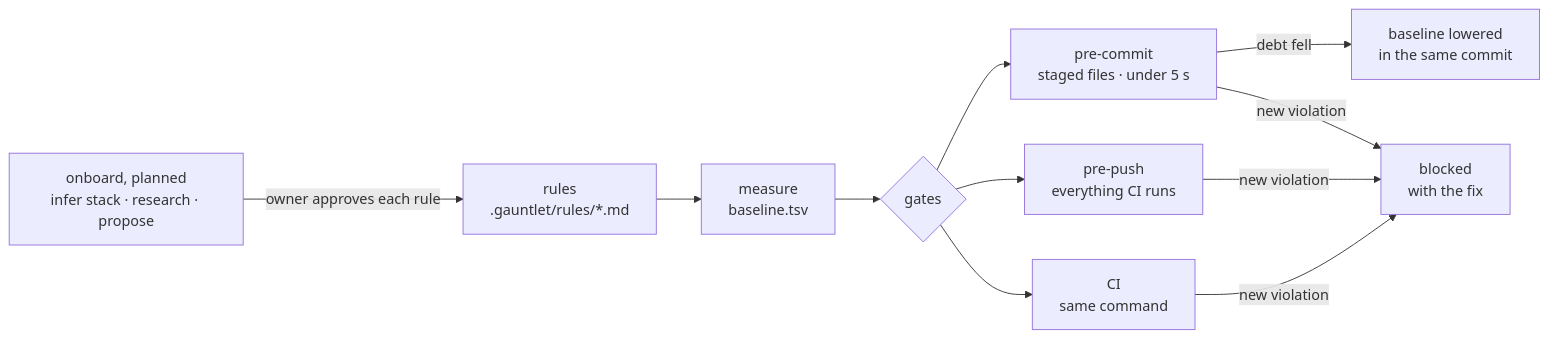
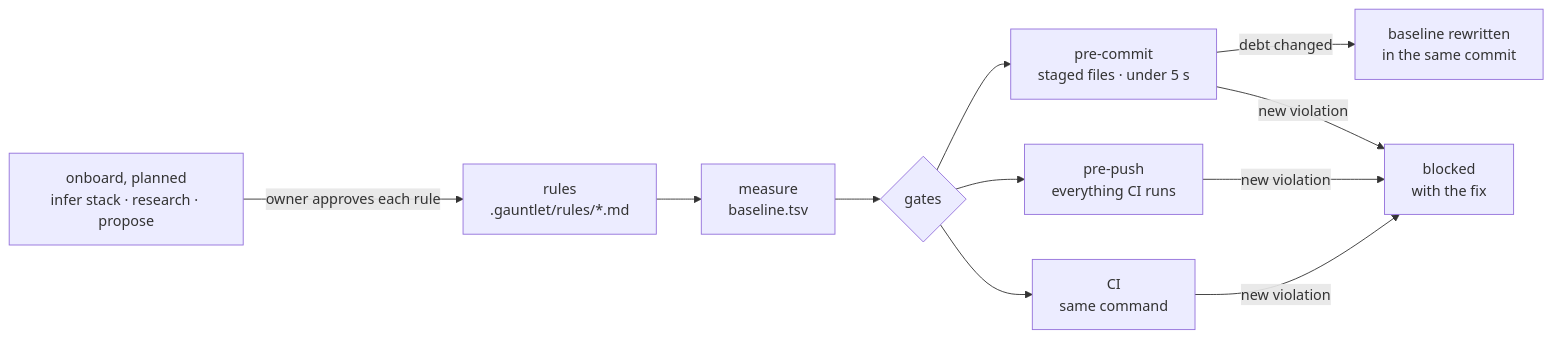
One commit to antonygiomarxdev/gauntlet changed the first of 2 diagrams in README.md. Above: the diagram before and after it, drawn with Mermaid. The commit also changed other lines of this file and 3 other files, not shown here.

````diff
--- a/README.md
+++ b/README.md
@@ -54,11 +54,11 @@
 ```mermaid
 flowchart LR
   A[onboard, planned<br/>infer stack · research · propose] -->|owner approves each rule| B[rules<br/>.gauntlet/rules/*.md]
   B --> C[measure<br/>baseline.tsv]
   C --> D{gates}
   D --> E[pre-commit<br/>staged files · under 5 s]
   D --> F[pre-push<br/>everything CI runs]
   D --> G[CI<br/>same command]
-  E -->|debt fell| H[baseline lowered<br/>in the same commit]
+  E -->|debt changed| H[baseline rewritten<br/>in the same commit]
   E & F & G -->|new violation| I[blocked<br/>with the fix]
 ```
````
